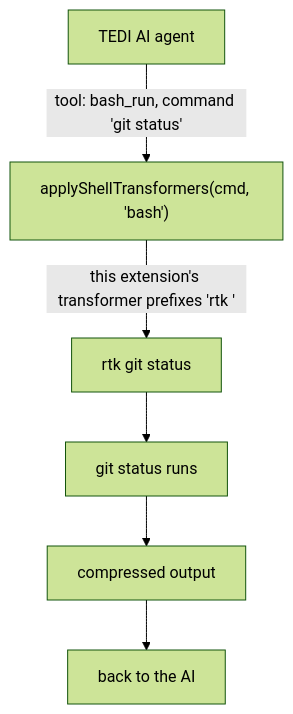
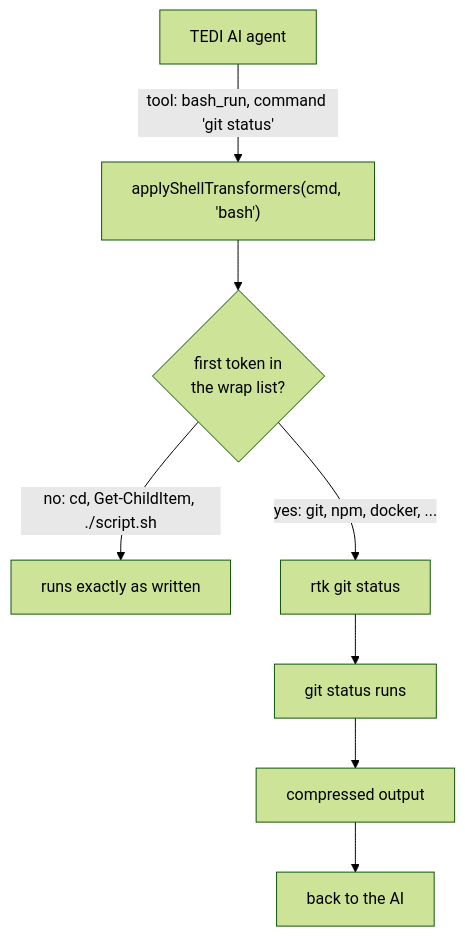
One commit to IlhamriSKY/TEDI.rtk-bridge changed the diagram in README.md. Above: the diagram before and after it, drawn with Mermaid (forest theme). The commit also changed other lines of this file and 8 other files, not shown here.

````diff
--- a/README.md
+++ b/README.md
@@ -34,8 +34,10 @@
 ```mermaid
 flowchart TD
     A["TEDI AI agent"] -->|"tool: bash_run, command 'git status'"| B["applyShellTransformers(cmd, 'bash')"]
-    B -->|"this extension's transformer prefixes 'rtk '"| C["rtk git status"]
+    B --> G{"first token in<br/>the wrap list?"}
+    G -->|"no: cd, Get-ChildItem, ./script.sh"| H["runs exactly as written"]
+    G -->|"yes: git, npm, docker, ..."| C["rtk git status"]
     C --> D["git status runs"]
     D --> E["compressed output"]
     E --> F["back to the AI"]
 ```
````
